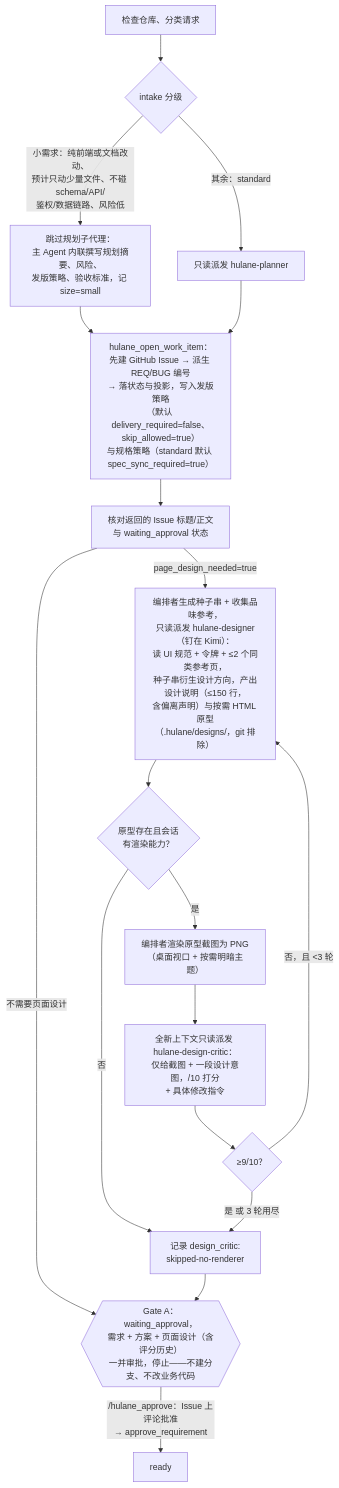
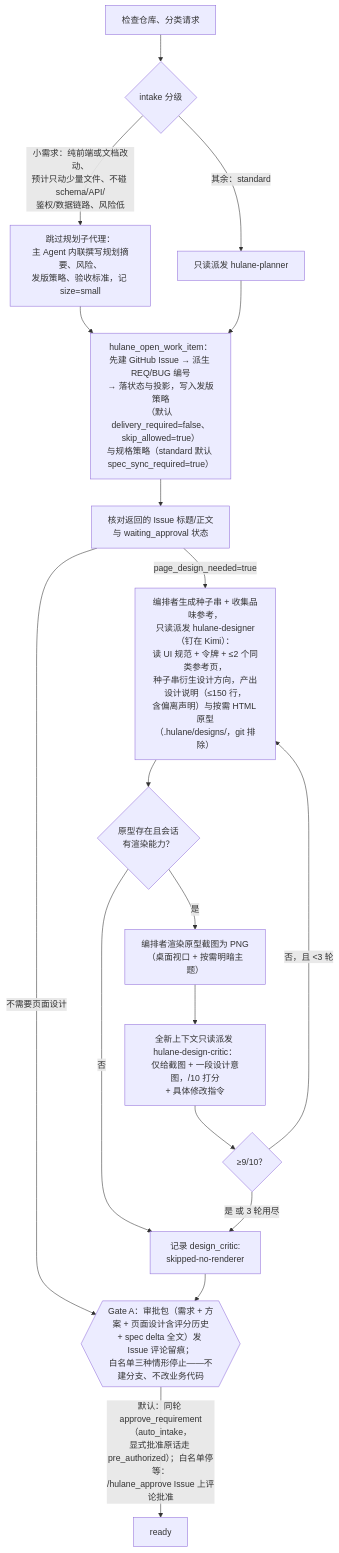
The second of 10 diagrams in FLOWCHARTS.md (hutong236/hutong-zcode-marketplace), drawn with Mermaid before and after one commit. The commit also changed other lines of this file and 15 other files, not shown here.

First line of the commit message:
feat(hulane): Gate A 白名单化——开单同轮默认 auto_intake 自动放行,停等收窄为高风险/需求歧义/显式暂停 (REQ-7) (#8)

````diff
--- a/FLOWCHARTS.md
+++ b/FLOWCHARTS.md
@@ -36,20 +40,20 @@
 ```mermaid
 flowchart TD
   CL["检查仓库、分类请求"] --> SZ{"intake 分级"}
   SZ -->|"小需求：纯前端或文档改动、<br>预计只动少量文件、不碰 schema/API/<br>鉴权/数据链路、风险低"| SM["跳过规划子代理：<br>主 Agent 内联撰写规划摘要、风险、<br>发版策略、验收标准，记 size=small"]
   SZ -->|"其余：standard"| PLN["只读派发 hulane-planner"]
   SM --> OWI["hulane_open_work_item：<br>先建 GitHub Issue → 派生 REQ/BUG 编号<br>→ 落状态与投影，写入发版策略<br>（默认 delivery_required=false、skip_allowed=true）<br>与规格策略（standard 默认 spec_sync_required=true）"]
   PLN --> OWI
   OWI --> V["核对返回的 Issue 标题/正文<br>与 waiting_approval 状态"]
   V -->|"page_design_needed=true"| DSN["编排者生成种子串 + 收集品味参考，<br>只读派发 hulane-designer（钉在 Kimi）：<br>读 UI 规范 + 令牌 + ≤2 个同类参考页，<br>种子串衍生设计方向，产出设计说明（≤150 行，<br>含偏离声明）与按需 HTML 原型<br>（.hulane/designs/，git 排除）"]
   V -->|"不需要页面设计"| GA
   DSN --> CRT{"原型存在且会话<br>有渲染能力？"}
   CRT -->|否| NT["记录 design_critic:<br>skipped-no-renderer"]
   CRT -->|是| SHOT["编排者渲染原型截图为 PNG<br>（桌面视口 + 按需明暗主题）"]
   SHOT --> CR["全新上下文只读派发 hulane-design-critic：<br>仅给截图 + 一段设计意图，/10 打分<br>+ 具体修改指令"]
   CR --> SC{"≥9/10？"}
   SC -->|否，且 <3 轮| DSN
   SC -->|是 或 3 轮用尽| NT
-  NT --> GA{{"Gate A：waiting_approval，<br>需求 + 方案 + 页面设计（含评分历史）<br>一并审批，停止——不建分支、不改业务代码"}}
-  GA -->|"/hulane_approve：Issue 上评论批准<br>→ approve_requirement"| RDY["ready"]
+  NT --> GA{{"Gate A：审批包（需求 + 方案 + 页面设计含评分历史<br>+ spec delta 全文）发 Issue 评论留痕；<br>白名单三种情形停止——不建分支、不改业务代码"}}
+  GA -->|"默认：同轮 approve_requirement（auto_intake，<br>显式批准原话走 pre_authorized）；白名单停等：<br>/hulane_approve Issue 上评论批准"| RDY["ready"]
 ```
````
